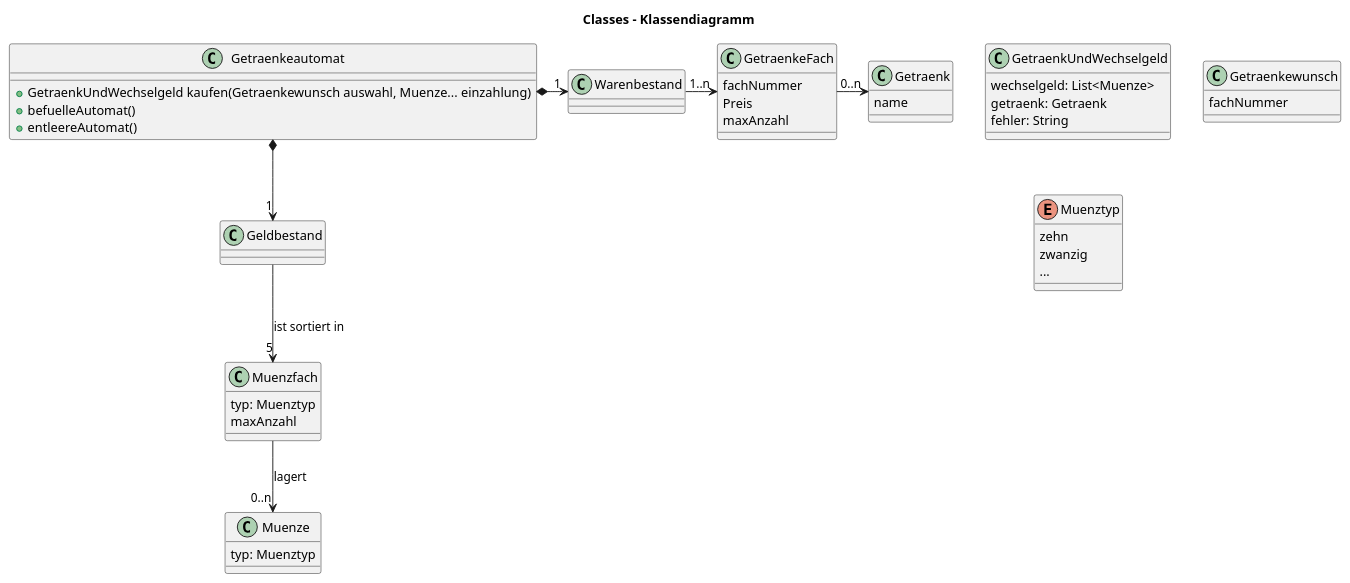
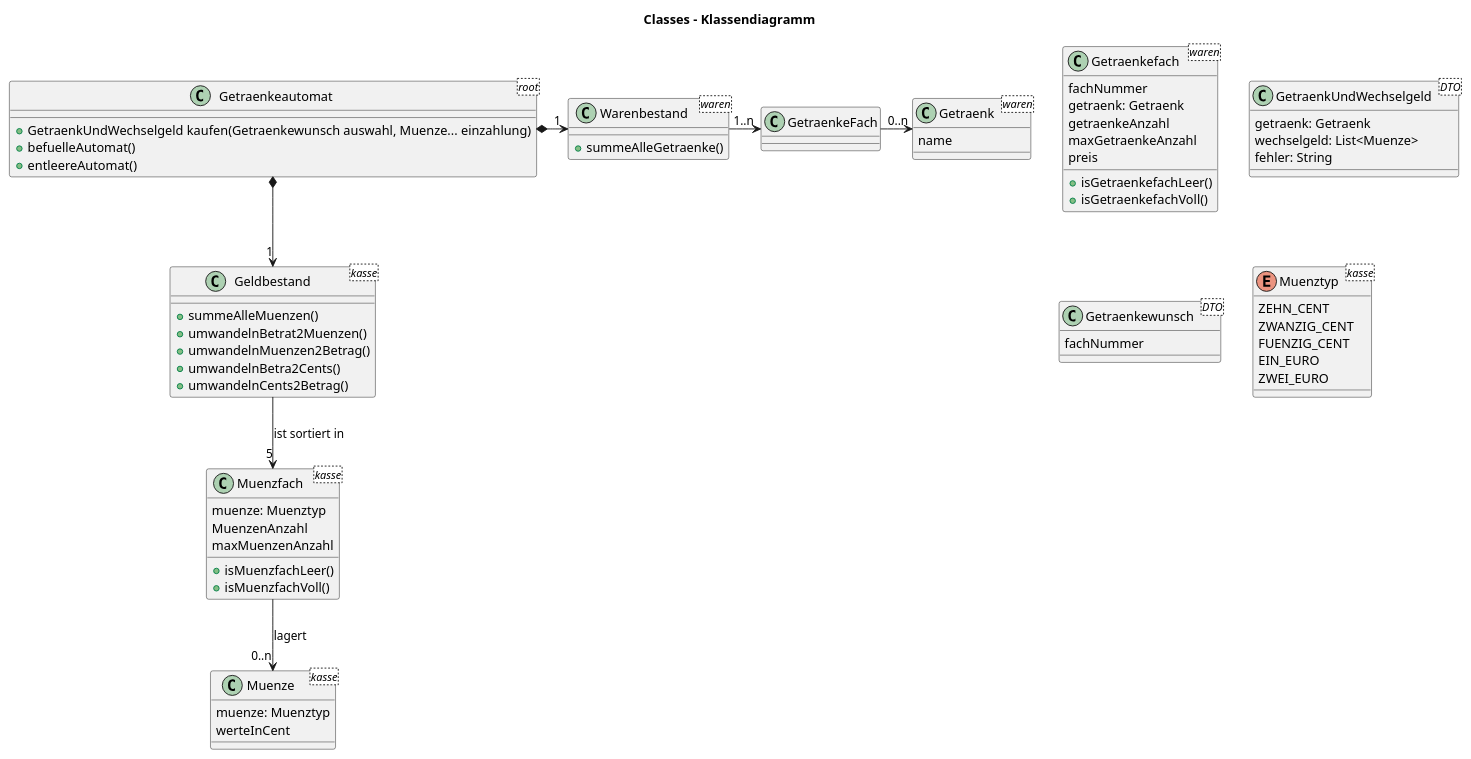
The diagram in uml-Klassendiagramm.puml (robertodefreitas/Getraenkeautomat.2022-02-09), drawn with PlantUML before and after one commit. The commit also changed 13 other files, not shown here.

```diff
--- a/uml-Klassendiagramm.puml
+++ b/uml-Klassendiagramm.puml
@@ -1,59 +1,87 @@
 @startuml
 title Classes - Klassendiagramm
 
-class Getraenkeautomat {
+class Getraenkeautomat <root> {
 +GetraenkUndWechselgeld kaufen(Getraenkewunsch auswahl, Muenze... einzahlung)
 +befuelleAutomat()
 +entleereAutomat()
 }
 
-class Warenbestand {
+
+'WAREN
+
+class Warenbestand <waren> {
++summeAlleGetraenke()
 }
 
-class GetraenkeFach {
+class Getraenkefach <waren> {
 fachNummer
-Preis
-maxAnzahl
+getraenk: Getraenk
+getraenkeAnzahl
+maxGetraenkeAnzahl
+preis
++isGetraenkefachLeer()
++isGetraenkefachVoll()
 }
 
-class Getraenk {
+class Getraenk <waren> {
 name
 }
 
-class GetraenkUndWechselgeld {
+
+'KASSE
+
+class Geldbestand <kasse> {
++summeAlleMuenzen()
++umwandelnBetrat2Muenzen()
++umwandelnMuenzen2Betrag()
++umwandelnBetra2Cents()
++umwandelnCents2Betrag()
+}
+
+class Muenzfach <kasse> {
+muenze: Muenztyp
+MuenzenAnzahl
+maxMuenzenAnzahl
++isMuenzfachLeer()
++isMuenzfachVoll()
+}
+
+class Muenze <kasse> {
+muenze: Muenztyp
+werteInCent
+}
+
+
+'OHNE_BEZIEHUNG
+
+class GetraenkUndWechselgeld <DTO> {
+getraenk: Getraenk
 wechselgeld: List<Muenze>
-getraenk: Getraenk
 fehler: String
 }
 
-class Getraenkewunsch {
+class Getraenkewunsch <DTO> {
 fachNummer
 }
 
-class Geldbestand {
+enum Muenztyp <kasse> {
+ZEHN_CENT
+ZWANZIG_CENT
+FUENZIG_CENT
+EIN_EURO
+ZWEI_EURO
 }
 
-class Muenzfach {
-typ: Muenztyp
-maxAnzahl
-}
 
-class Muenze {
-typ: Muenztyp
-}
-
-enum Muenztyp {
-zehn
-zwanzig
-...
-}
+'BEZIEHUNGEN
 
 Getraenkeautomat *-> "1" Warenbestand
 Warenbestand -> "1..n" GetraenkeFach
 GetraenkeFach -> "0..n" Getraenk
 
 Getraenkeautomat *--> "1" Geldbestand
 Geldbestand --> "5" Muenzfach : ist sortiert in
 Muenzfach --> "0..n" Muenze : lagert
 
 @enduml
```
